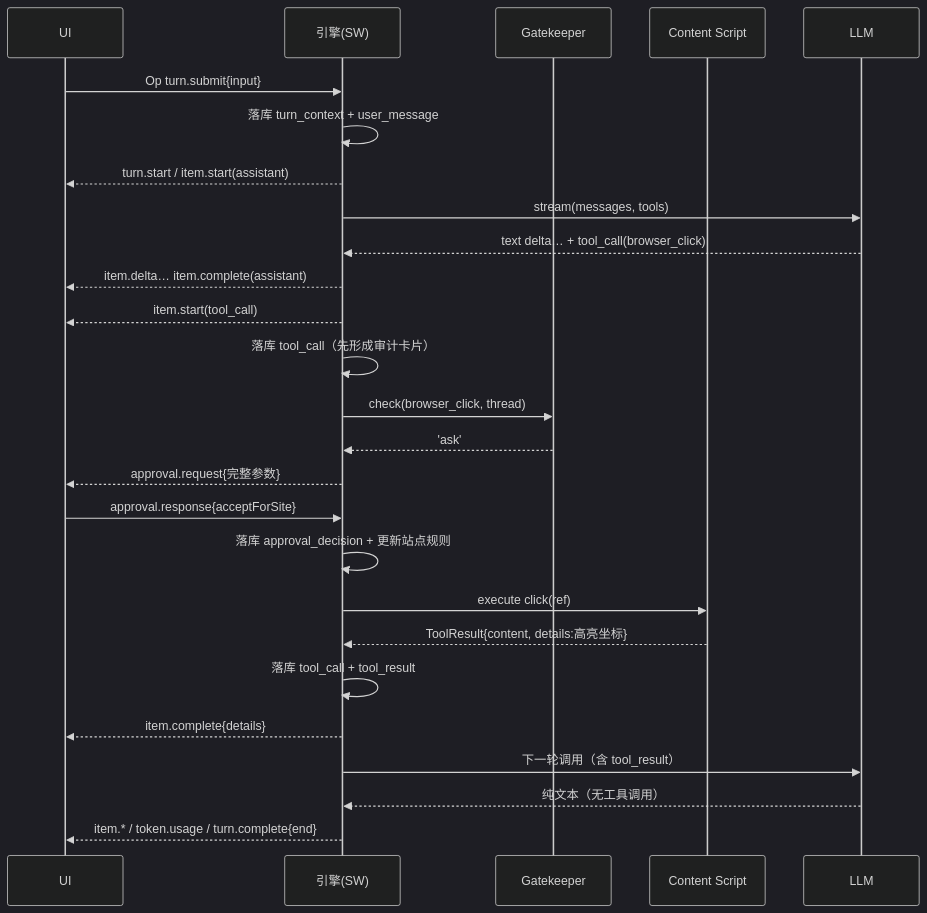
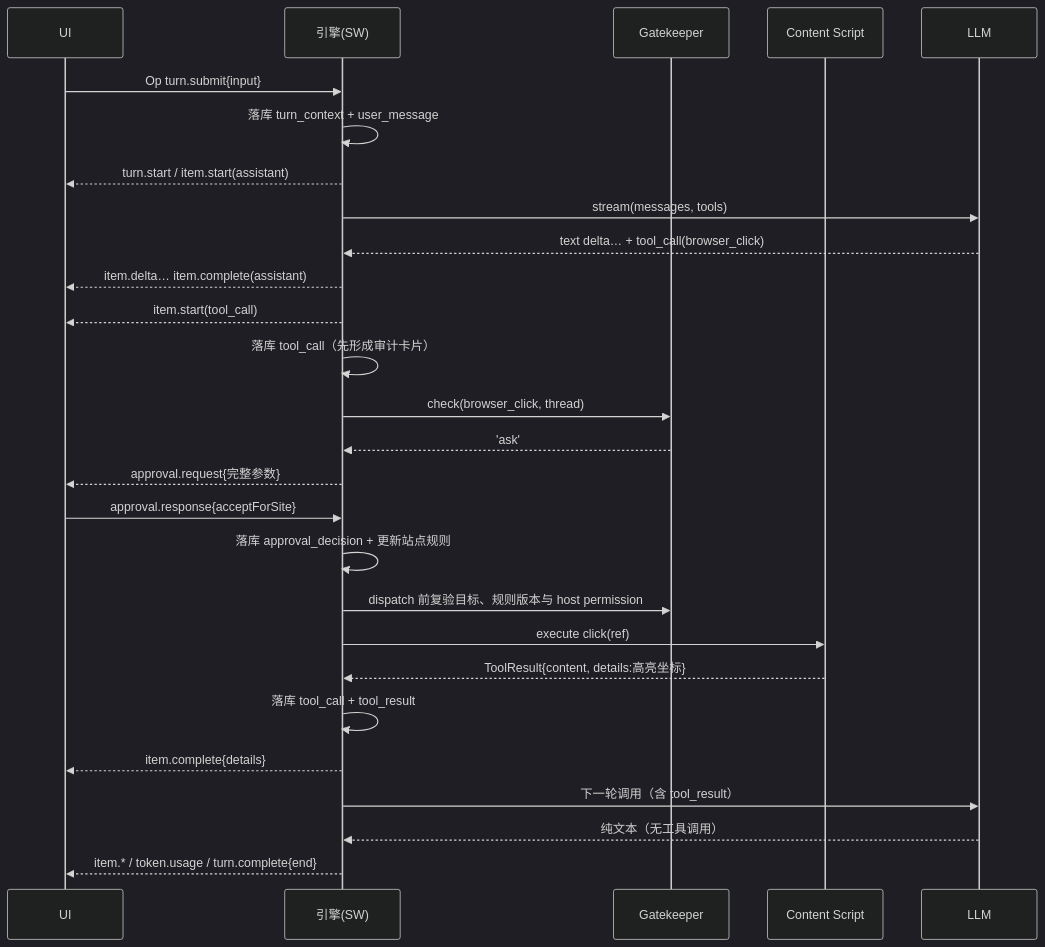
Before and after one commit to wangdiandao/Panelot: the first of 2 diagrams in docs/04-agent-engine.md, drawn with Mermaid (dark theme). The commit also changed 117 other files, not shown here.

````diff
--- a/docs/04-agent-engine.md
+++ b/docs/04-agent-engine.md
@@ -134,29 +134,30 @@
 ```mermaid
 sequenceDiagram
   participant UI
   participant EN as 引擎(SW)
   participant GK as Gatekeeper
   participant CS as Content Script
   participant LLM
 
   UI->>EN: Op turn.submit{input}
   EN->>EN: 落库 turn_context + user_message
   EN-->>UI: turn.start / item.start(assistant)
   EN->>LLM: stream(messages, tools)
   LLM-->>EN: text delta… + tool_call(browser_click)
   EN-->>UI: item.delta… item.complete(assistant)
   EN-->>UI: item.start(tool_call)
   EN->>EN: 落库 tool_call（先形成审计卡片）
   EN->>GK: check(browser_click, thread)
   GK-->>EN: 'ask'
   EN-->>UI: approval.request{完整参数}
   UI->>EN: approval.response{acceptForSite}
   EN->>EN: 落库 approval_decision + 更新站点规则
+  EN->>GK: dispatch 前复验目标、规则版本与 host permission
   EN->>CS: execute click(ref)
   CS-->>EN: ToolResult{content, details:高亮坐标}
   EN->>EN: 落库 tool_call + tool_result
   EN-->>UI: item.complete{details}
   EN->>LLM: 下一轮调用（含 tool_result）
   LLM-->>EN: 纯文本（无工具调用）
   EN-->>UI: item.* / token.usage / turn.complete{end}
 ```
````
